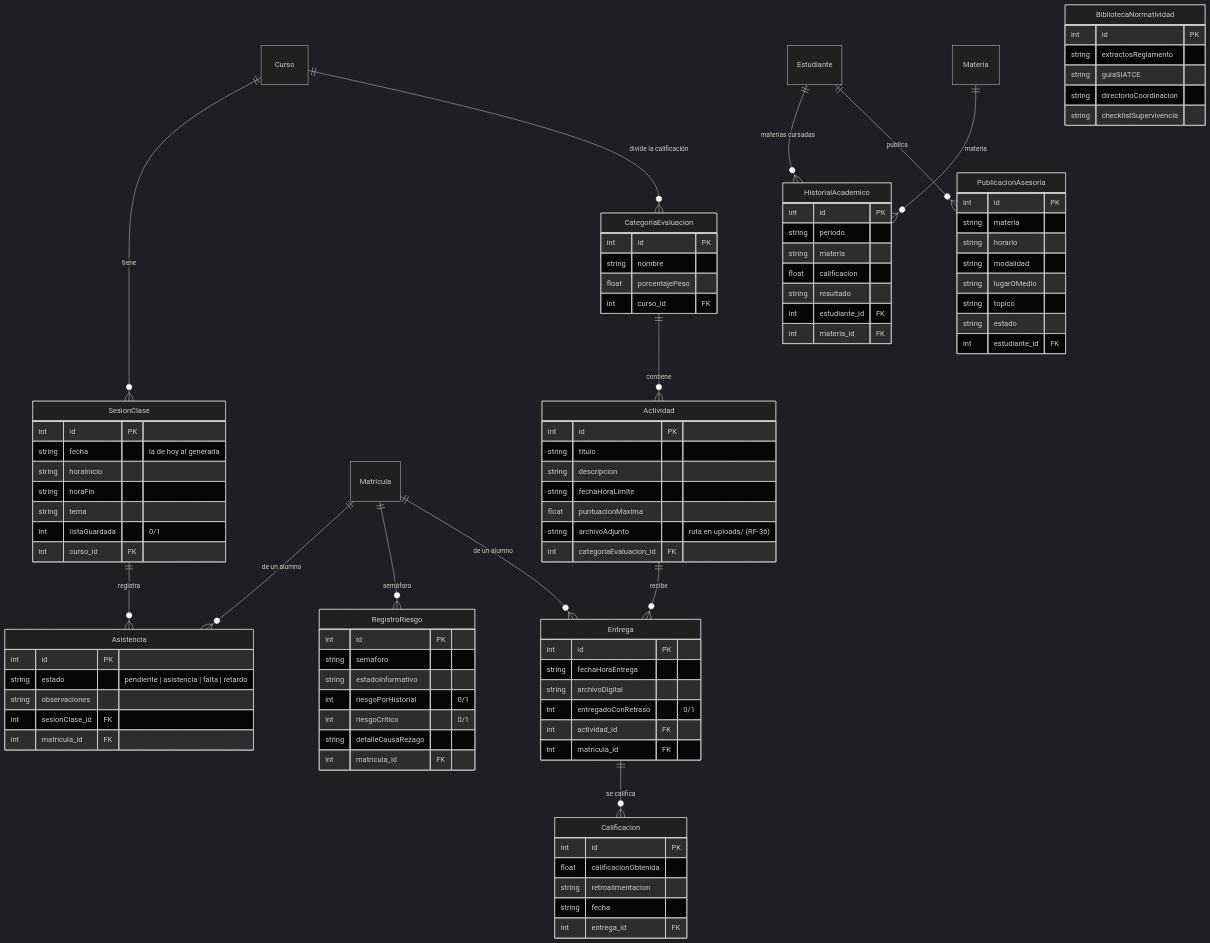
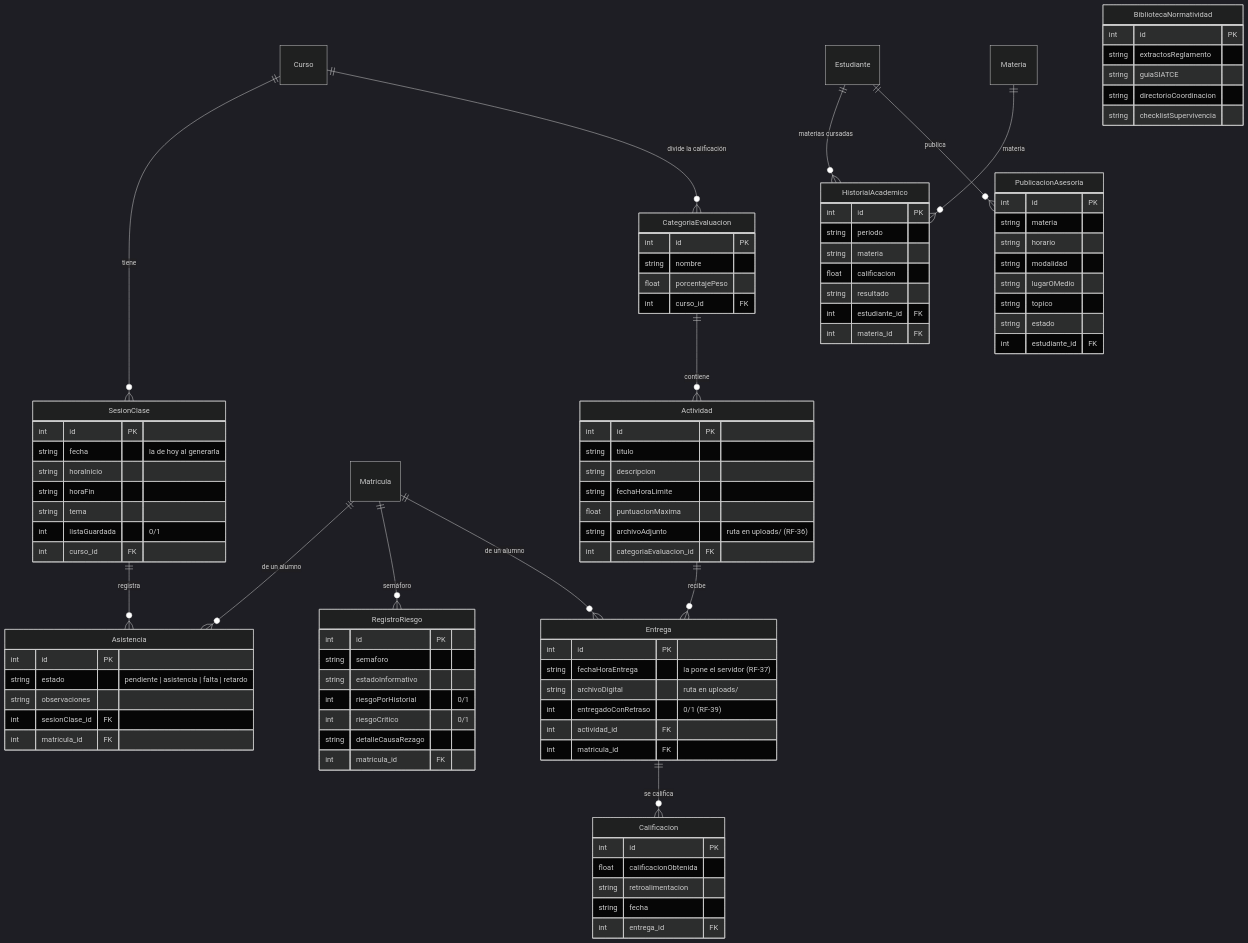
Before and after one commit to Huitrado/SEPA: the second of 4 diagrams in docs/backend/03-base-de-datos.md, drawn with Mermaid (dark theme). The commit also changed other lines of this file and 12 other files, not shown here.

```diff
--- a/docs/backend/03-base-de-datos.md
+++ b/docs/backend/03-base-de-datos.md
@@ -204,9 +204,9 @@
     }
     Entrega {
         int id PK
-        string fechaHoraEntrega
-        string archivoDigital
-        int entregadoConRetraso "0/1"
+        string fechaHoraEntrega "la pone el servidor (RF-37)"
+        string archivoDigital "ruta en uploads/"
+        int entregadoConRetraso "0/1 (RF-39)"
         int actividad_id FK
         int matricula_id FK
     }
```
